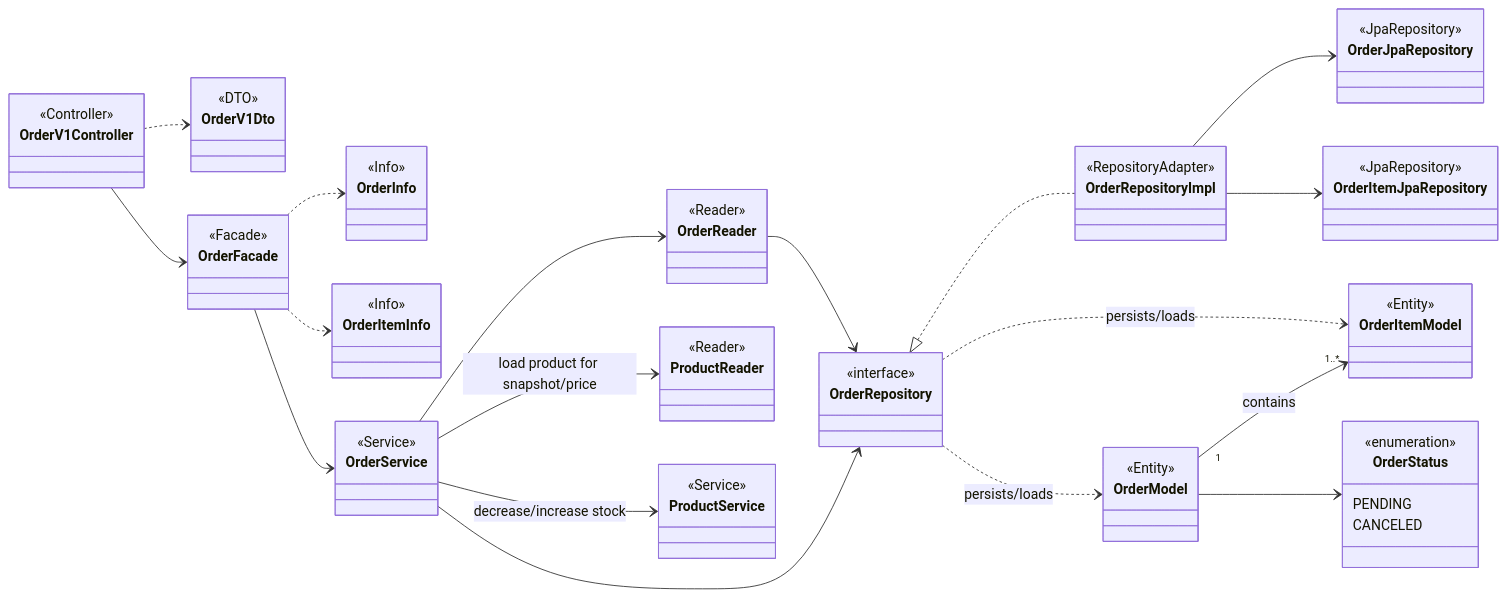
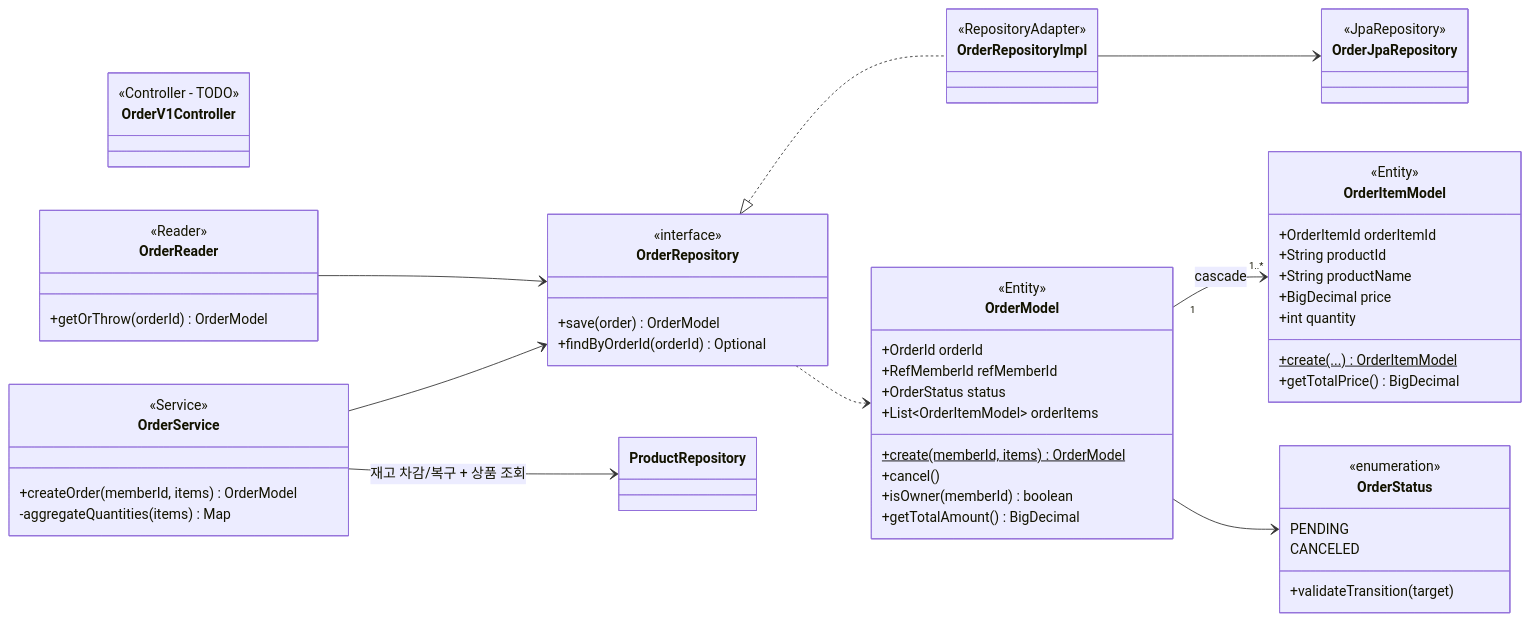
Before and after one commit to YoHanKi/loop-pack-be-l2-vol3-java: the sixth of 8 diagrams in docs/design/03-class-diagram.md, drawn with Mermaid. The commit also changed other lines of this file and 2 other files, not shown here.

````diff
--- a/docs/design/03-class-diagram.md
+++ b/docs/design/03-class-diagram.md
@@ -393,52 +396,52 @@
 classDiagram
     direction LR
 
-%% Interfaces
+%% Interfaces (TODO: 미구현)
     class OrderV1Controller {
-        <<Controller>>
-    }
-    class OrderV1Dto {
-        <<DTO>>
-    }
-
-%% Application
-    class OrderFacade {
-        <<Facade>>
-    }
-    class OrderInfo {
-        <<Info>>
-    }
-    class OrderItemInfo {
-        <<Info>>
+        <<Controller - TODO>>
     }
 
 %% Domain
     class OrderService {
         <<Service>>
+        +createOrder(memberId, items) OrderModel
+        -aggregateQuantities(items) Map
     }
     class OrderReader {
         <<Reader>>
+        +getOrThrow(orderId) OrderModel
     }
-    class ProductReader {
-        <<Reader>>
-    }
-    class ProductService {
-        <<Service>>
-    }
-
     class OrderRepository {
         <<interface>>
+        +save(order) OrderModel
+        +findByOrderId(orderId) Optional
     }
     class OrderModel {
         <<Entity>>
+        +OrderId orderId
+        +RefMemberId refMemberId
+        +OrderStatus status
+        +List~OrderItemModel~ orderItems
+        +create(memberId, items) OrderModel$
+        +cancel()
+        +isOwner(memberId) boolean
+        +getTotalAmount() BigDecimal
     }
     class OrderItemModel {
         <<Entity>>
+        +OrderItemId orderItemId
+        +String productId
+        +String productName
+        +BigDecimal price
+        +int quantity
+        +create(...) OrderItemModel$
+        +getTotalPrice() BigDecimal
     }
     class OrderStatus {
         <<enumeration>>
         PENDING
         CANCELED
+        +validateTransition(target)
     }
 
 %% Infrastructure
@@ -448,37 +451,14 @@
     class OrderJpaRepository {
         <<JpaRepository>>
     }
-    class OrderItemJpaRepository {
-        <<JpaRepository>>
-    }
 
-%% Relationships (dependency direction)
-    OrderV1Controller --> OrderFacade
-    OrderV1Controller ..> OrderV1Dto
-
-%% Facade -> Service only (no direct Reader call)
-    OrderFacade --> OrderService
-    OrderFacade ..> OrderInfo
-    OrderFacade ..> OrderItemInfo
-
-%% Service owns query + command orchestration
-    OrderService --> OrderReader
+%% Relationships
     OrderService --> OrderRepository
+    OrderService --> ProductRepository : 재고 차감/복구 + 상품 조회
     OrderReader --> OrderRepository
-
-%% Order creation needs product lookup + stock change (or compensation on cancel)
-    OrderService --> ProductReader : load product for snapshot/price
-    OrderService --> ProductService : decrease/increase stock
-
-%% Port/Adapter
     OrderRepository <|.. OrderRepositoryImpl
     OrderRepositoryImpl --> OrderJpaRepository
-    OrderRepositoryImpl --> OrderItemJpaRepository
-
-%% Aggregate
-    OrderModel "1" --> "1..*" OrderItemModel : contains
+    OrderModel "1" --> "1..*" OrderItemModel : cascade
     OrderModel --> OrderStatus
-    OrderRepository ..> OrderModel : persists/loads
-    OrderRepository ..> OrderItemModel : persists/loads
-
+    OrderRepository ..> OrderModel
 ```
````
